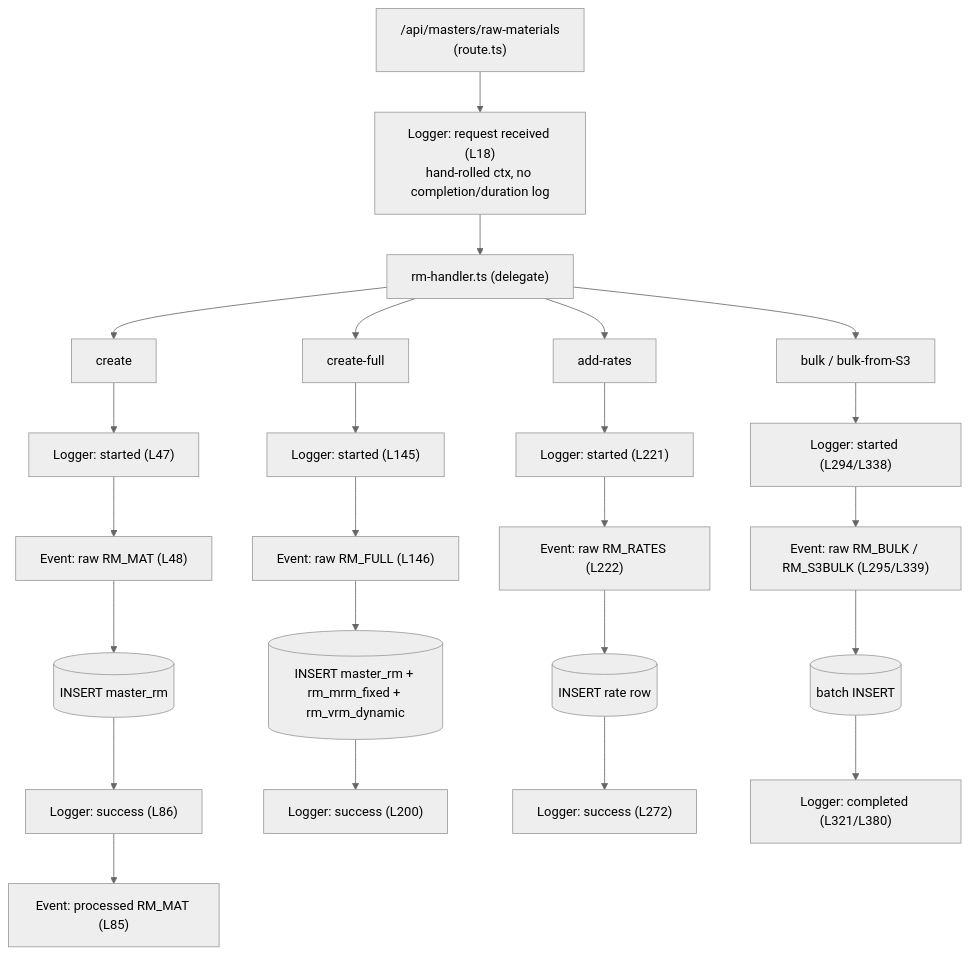
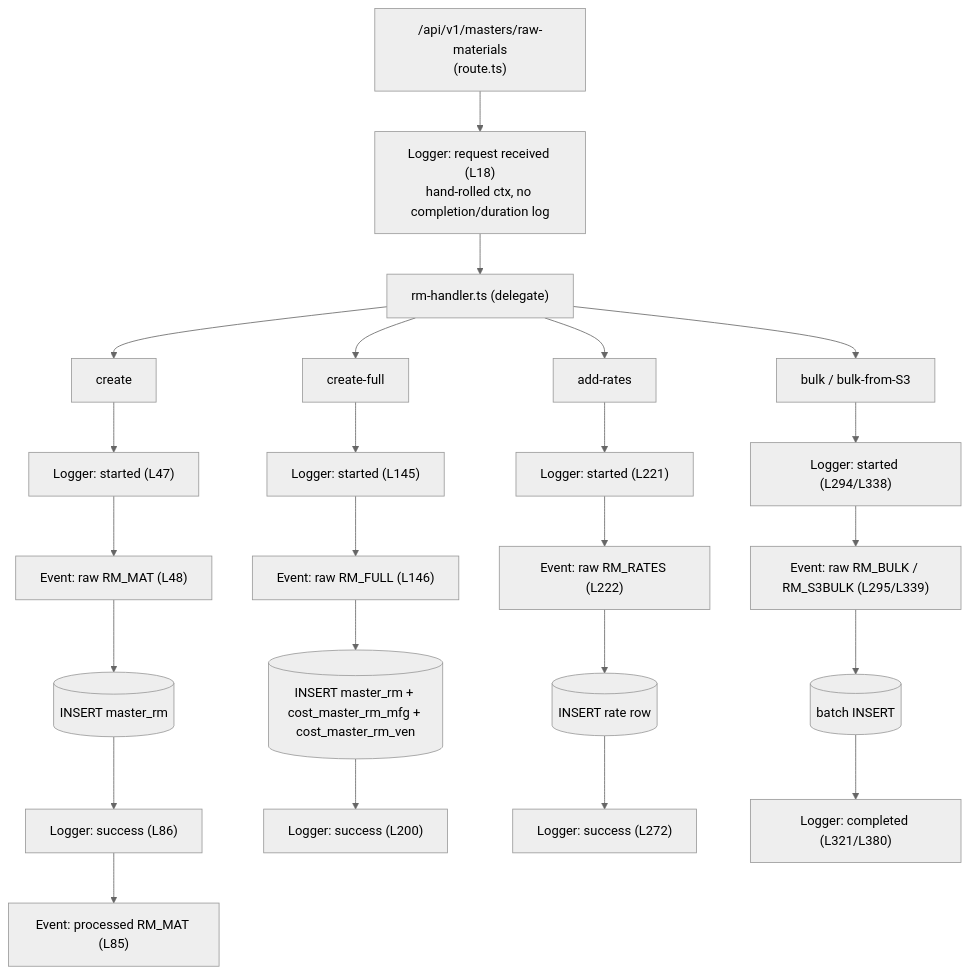
Before and after one commit to ERP-PreFg-Admin/ERP-Prefg-Tool: the fourth of 10 diagrams in erp_project/docs/interaction-logging-map.md, drawn with Mermaid (neutral theme). The commit also changed other lines of this file and 96 other files, not shown here.

````diff
--- a/erp_project/docs/interaction-logging-map.md
+++ b/erp_project/docs/interaction-logging-map.md
@@ -126,10 +126,10 @@
 ```mermaid
 flowchart TD
-    P["/api/masters/raw-materials\n(route.ts)"] --> L0["Logger: request received (L18)\nhand-rolled ctx, no completion/duration log"]
+    P["/api/v1/masters/raw-materials\n(route.ts)"] --> L0["Logger: request received (L18)\nhand-rolled ctx, no completion/duration log"]
     L0 --> Handler["rm-handler.ts (delegate)"]
 
     Handler --> Create["create"] --> L1["Logger: started (L47)"] --> E1["Event: raw RM_MAT (L48)"] --> DB1[("INSERT master_rm")] --> L2["Logger: success (L86)"] --> E2["Event: processed RM_MAT (L85)"]
-    Handler --> Full["create-full"] --> L3["Logger: started (L145)"] --> E3["Event: raw RM_FULL (L146)"] --> DB2[("INSERT master_rm + rm_mrm_fixed + rm_vrm_dynamic")] --> L4["Logger: success (L200)"]
+    Handler --> Full["create-full"] --> L3["Logger: started (L145)"] --> E3["Event: raw RM_FULL (L146)"] --> DB2[("INSERT master_rm + cost_master_rm_mfg + cost_master_rm_ven")] --> L4["Logger: success (L200)"]
     Handler --> Rates["add-rates"] --> L5["Logger: started (L221)"] --> E4["Event: raw RM_RATES (L222)"] --> DB3[("INSERT rate row")] --> L6["Logger: success (L272)"]
     Handler --> Bulk["bulk / bulk-from-S3"] --> L7["Logger: started (L294/L338)"] --> E5["Event: raw RM_BULK / RM_S3BULK (L295/L339)"] --> DB4[("batch INSERT")] --> L8["Logger: completed (L321/L380)"]
 ```
````
